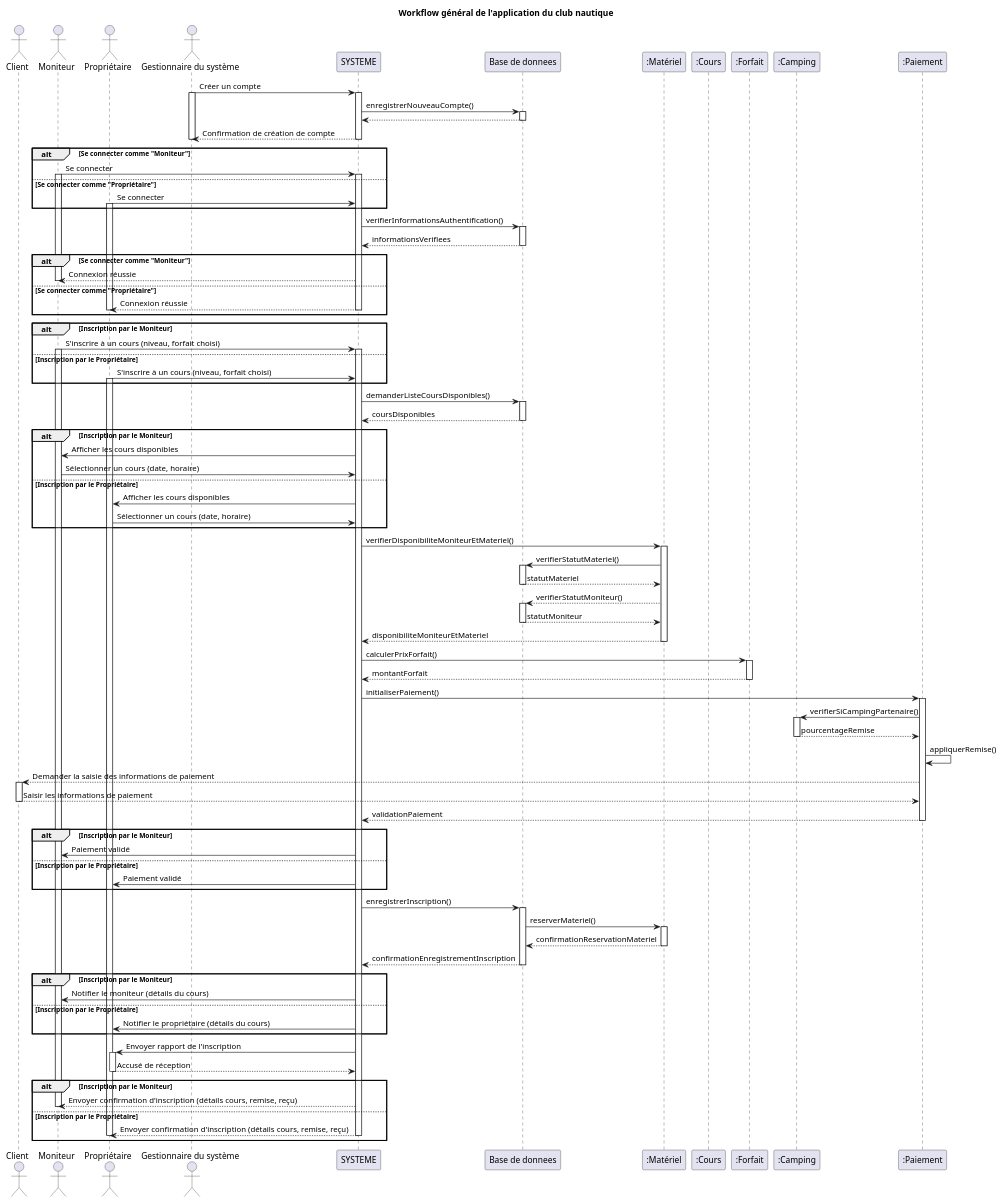
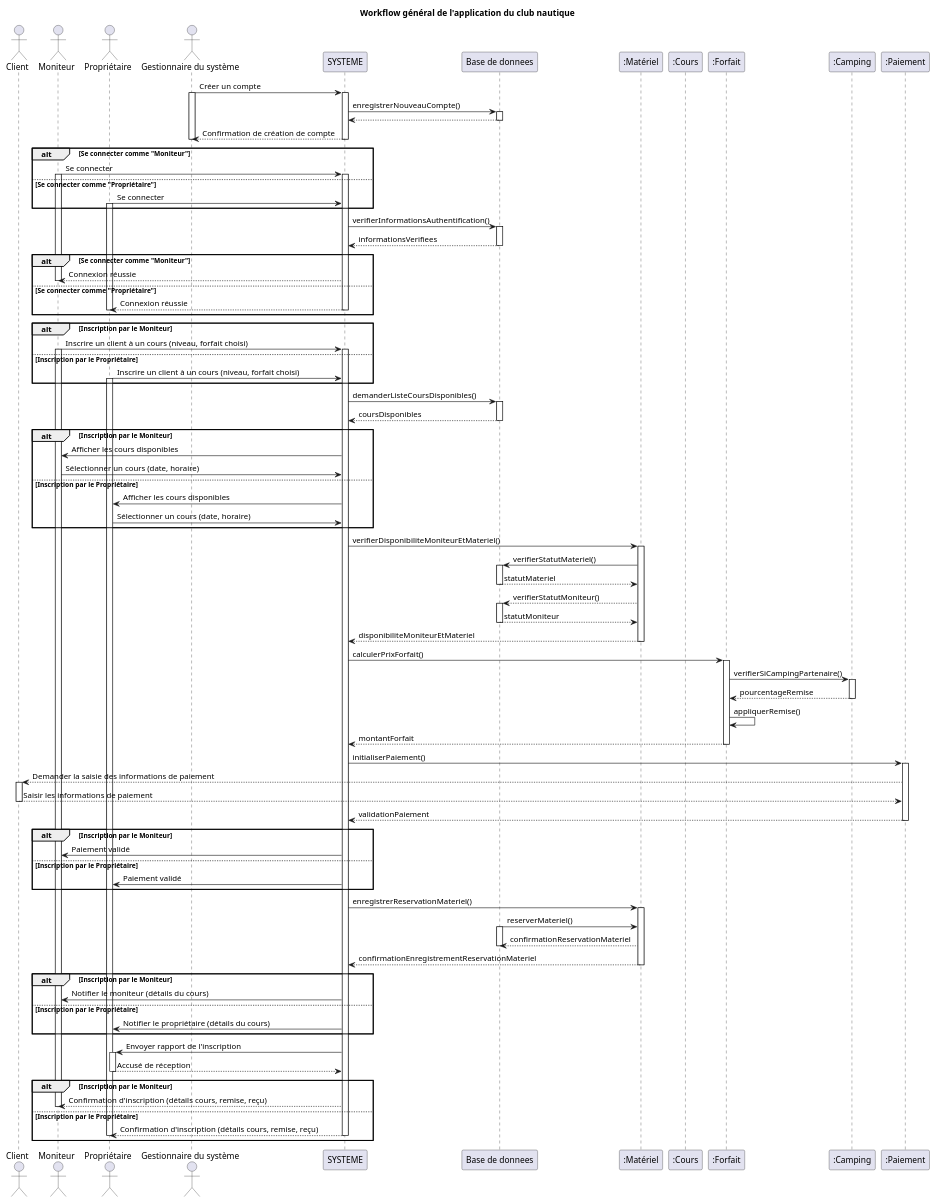
Before and after one commit to Hugo-COLLIN/MIAGE_CSI_NauticalClub: the diagram in docs/1-analysis/sequenceDiagrams/workflowSequenceDiagram.puml, drawn with PlantUML.

Commit message:
docs: review meeting

```diff
--- a/docs/1-analysis/sequenceDiagrams/workflowSequenceDiagram.puml
+++ b/docs/1-analysis/sequenceDiagrams/workflowSequenceDiagram.puml
@@ -1,159 +1,160 @@
 @startuml
 actor Client as C
 actor "Moniteur" as M
 actor "Propriétaire" as P
 actor "Gestionnaire du système" as A
 participant "SYSTEME" as App
 participant "Base de donnees" as DB
 participant ":Matériel" as Mat
 participant ":Cours" as Cour
 participant ":Forfait" as Forf
 participant ":Camping" as Camp
 participant ":Paiement" as Pay
 
 title Workflow général de l'application du club nautique
 
 ' --- Création de compte ---
 A -> App : Créer un compte
 activate A
 activate App
 App -> DB : enregistrerNouveauCompte()
 activate DB
 DB --> App
 deactivate DB
 App --> A : Confirmation de création de compte
 deactivate App
 deactivate A
 
 /'
 alt Inscription par le Moniteur
     M -> App : Indiquer affiliation à un camping partenaire
 else Inscription par le Propriétaire
     P -> App : Indiquer affiliation à un camping partenaire
 end
 '/
 
 ' --- Authentification ---
 alt Se connecter comme "Moniteur"
     M -> App : Se connecter
     activate M
     activate App
 else Se connecter comme "Propriétaire"
     P -> App : Se connecter
     activate P
 end
 
 App -> DB : verifierInformationsAuthentification()
 activate DB
 DB --> App : informationsVerifiees
 deactivate DB
 
 alt Se connecter comme "Moniteur"
     App --> M : Connexion réussie
     deactivate M
 else Se connecter comme "Propriétaire"
     App --> P : Connexion réussie
     deactivate P
     deactivate App
 end
 
 ' --- Inscription à un cours ---
 alt Inscription par le Moniteur
-    M -> App : S'inscrire à un cours (niveau, forfait choisi)
+    M -> App : Inscrire un client à un cours (niveau, forfait choisi)
     activate M
     activate App
 else Inscription par le Propriétaire
-    P -> App : S'inscrire à un cours (niveau, forfait choisi)
+    P -> App : Inscrire un client à un cours (niveau, forfait choisi)
     activate P
 end
 
 activate App
 
 App -> DB : demanderListeCoursDisponibles()
 activate DB
 DB --> App : coursDisponibles
 deactivate DB
 
 alt Inscription par le Moniteur
     App -> M : Afficher les cours disponibles
     M -> App : Sélectionner un cours (date, horaire)
 else Inscription par le Propriétaire
     App -> P : Afficher les cours disponibles
     P -> App : Sélectionner un cours (date, horaire)
 end
 
 App -> Mat : verifierDisponibiliteMoniteurEtMateriel()
 activate Mat
 Mat -> DB : verifierStatutMateriel()
 activate DB
 DB --> Mat : statutMateriel
 deactivate DB
 Mat --> DB : verifierStatutMoniteur()
 activate DB
 DB --> Mat : statutMoniteur
 deactivate DB
 Mat --> App : disponibiliteMoniteurEtMateriel
 deactivate Mat
 
 /'
 DB -> Camp : verifierAffiliation()
 activate Camp
 Camp --> DB : calculerRemiseCamping(): pourcentage
 deactivate Camp
 '/
 
 App -> Forf : calculerPrixForfait()
 activate Forf
+
+Forf -> Camp : verifierSiCampingPartenaire()
+activate Camp
+Camp --> Forf : pourcentageRemise
+deactivate Camp
+Forf -> Forf : appliquerRemise()
+
 Forf --> App : montantForfait
 deactivate Forf
 
 App -> Pay : initialiserPaiement()
 activate Pay
-Pay -> Camp : verifierSiCampingPartenaire()
-activate Camp
-Camp --> Pay : pourcentageRemise
-deactivate Camp
-Pay -> Pay : appliquerRemise()
-
 Pay --> C : Demander la saisie des informations de paiement
 activate C
 C --> Pay : Saisir les informations de paiement
 deactivate C
 Pay --> App : validationPaiement
 deactivate Pay
 
 alt Inscription par le Moniteur
     App -> M : Paiement validé
 else Inscription par le Propriétaire
     App -> P : Paiement validé
 end
 
-App -> DB : enregistrerInscription()
+App -> Mat : enregistrerReservationMateriel()
+activate Mat
+DB -> Mat : reserverMateriel()
 activate DB
-DB -> Mat : reserverMateriel()
-activate Mat
 Mat --> DB : confirmationReservationMateriel
+deactivate DB
+Mat --> App : confirmationEnregistrementReservationMateriel
 deactivate Mat
-DB --> App : confirmationEnregistrementInscription
-deactivate DB
 
 alt Inscription par le Moniteur
     App -> M : Notifier le moniteur (détails du cours)
 else Inscription par le Propriétaire
     App -> P : Notifier le propriétaire (détails du cours)
 end
 
 App -> P : Envoyer rapport de l'inscription
 activate P
 P --> App : Accusé de réception
 deactivate P
 
 alt Inscription par le Moniteur
-    App --> M : Envoyer confirmation d'inscription (détails cours, remise, reçu)
+    App --> M : Confirmation d'inscription (détails cours, remise, reçu)
     deactivate M
 else Inscription par le Propriétaire
-    App --> P : Envoyer confirmation d'inscription (détails cours, remise, reçu)
+    App --> P : Confirmation d'inscription (détails cours, remise, reçu)
     deactivate App
     deactivate P
 end
 @enduml
```
